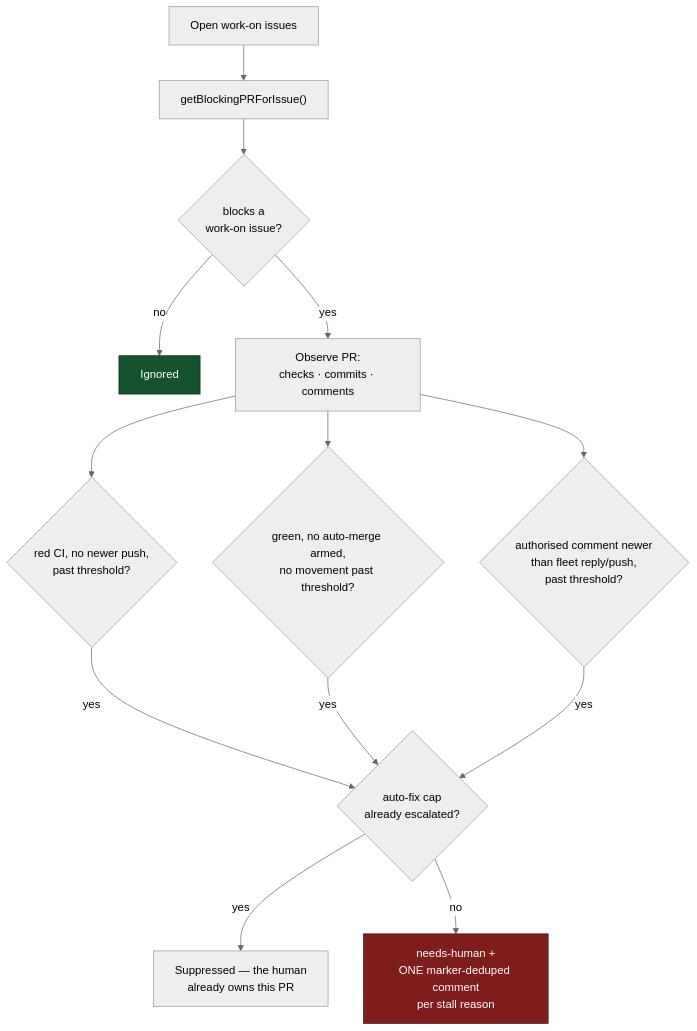
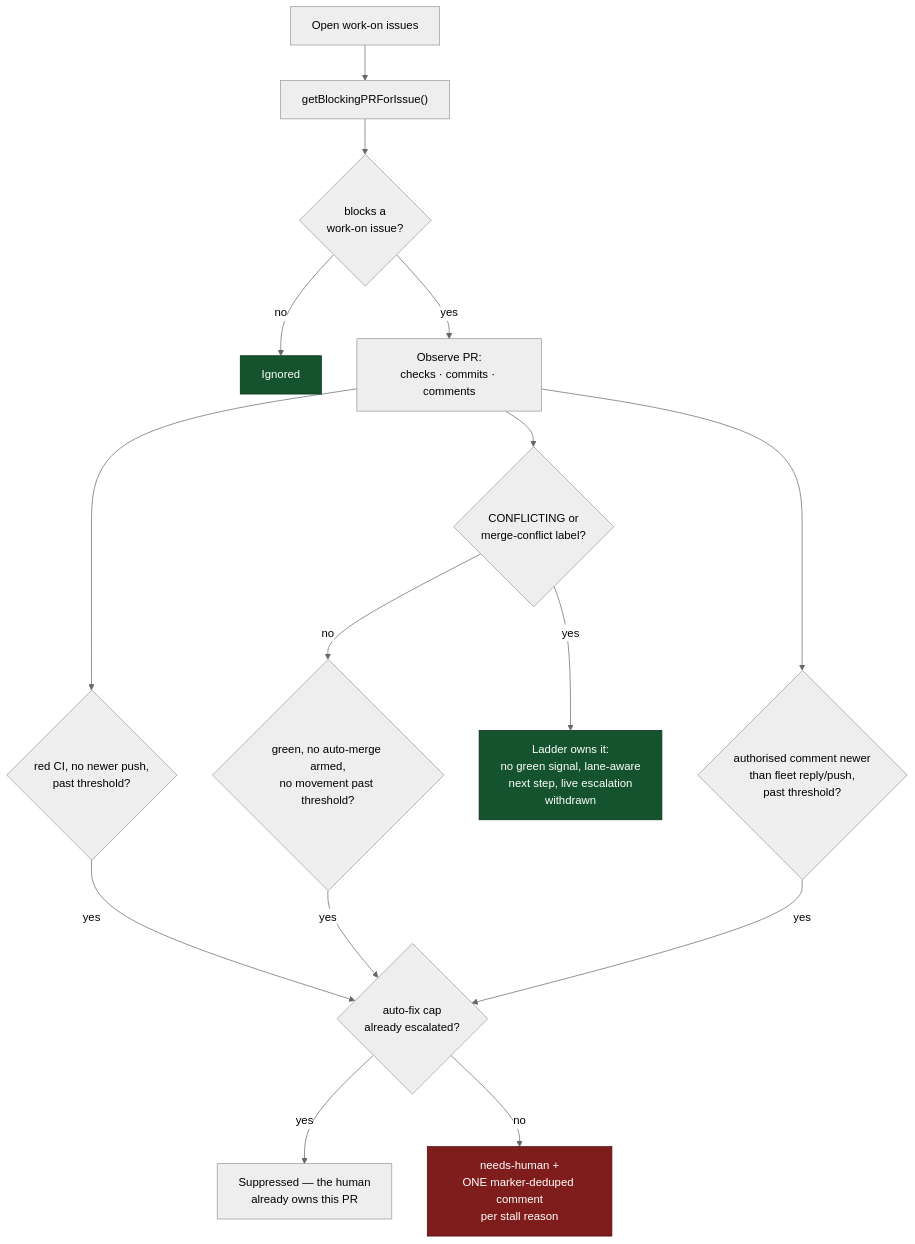
One commit to stSoftwareAU/VibeCoder changed diagram 19 of 20 in docs/CONFIGURATION.md. Above: the diagram before and after it, drawn with Mermaid (neutral theme). The commit also changed other lines of this file and 3 other files, not shown here.

First line of the commit message:
Blocking-PR stall watchdog defers to the merge-conflict ladder (Issue #1213)

````diff
--- a/docs/CONFIGURATION.md
+++ b/docs/CONFIGURATION.md
@@ -3742,17 +3763,20 @@
 ```mermaid
 flowchart TD
     A["Open work-on issues"] --> B["getBlockingPRForIssue()"]
     B --> C{"blocks a<br/>work-on issue?"}
     C -->|no| D["Ignored"]
     C -->|yes| E["Observe PR:<br/>checks · commits · comments"]
     E --> F{"red CI, no newer push,<br/>past threshold?"}
     E --> G{"authorised comment newer<br/>than fleet reply/push,<br/>past threshold?"}
-    E --> M{"green, no auto-merge armed,<br/>no movement past threshold?"}
+    E --> L{"CONFLICTING or<br/>merge-conflict label?"}
+    L -->|yes| N["Ladder owns it:<br/>no green signal, lane-aware<br/>next step, live escalation<br/>withdrawn"]
+    L -->|no| M{"green, no auto-merge armed,<br/>no movement past threshold?"}
     F -->|yes| K
     M -->|yes| K
     G -->|yes| K{"auto-fix cap<br/>already escalated?"}
     K -->|yes| J["Suppressed — the human<br/>already owns this PR"]
     K -->|no| H["needs-human +<br/>ONE marker-deduped comment<br/>per stall reason"]
     style H fill:#7f1d1d,stroke:#450a0a,color:#fff
     style D fill:#14532d,stroke:#052e16,color:#fff
+    style N fill:#14532d,stroke:#052e16,color:#fff
 ```
````
